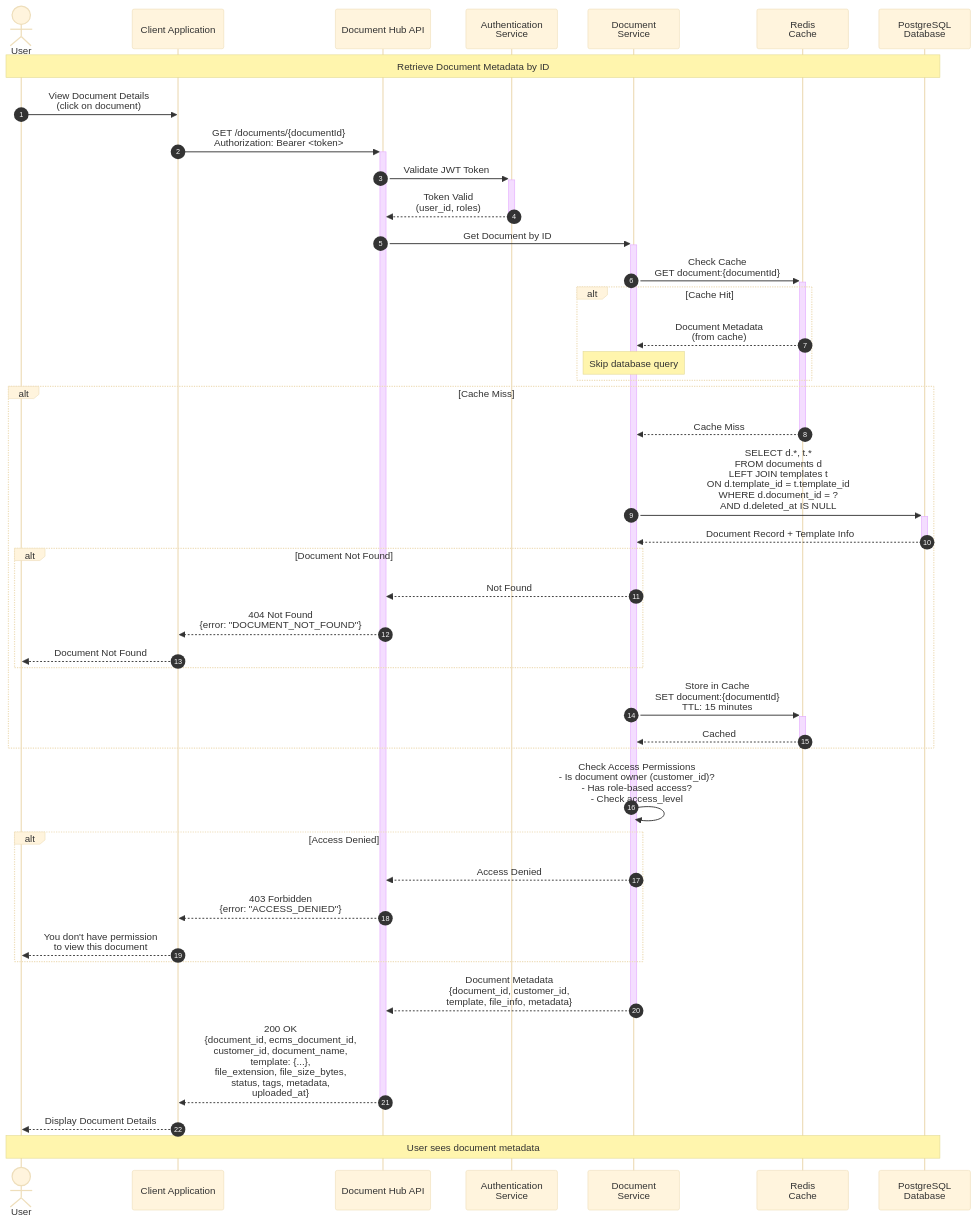
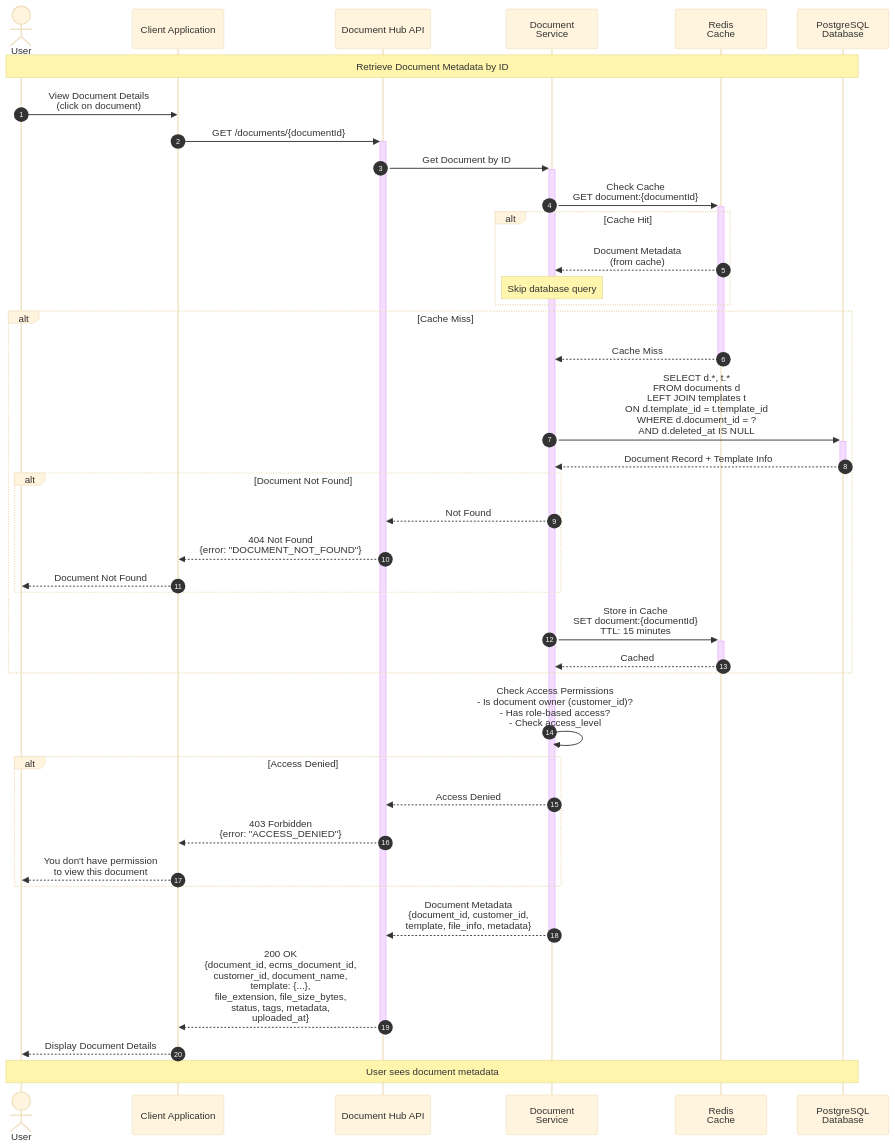
One commit to ghmd86/document-hub changed the first of 3 diagrams in document_retrieval_download_flow_sequence_diagram.md. Above: the diagram before and after it, drawn with Mermaid (base theme). The commit also changed other lines of this file and 5 other files, not shown here.

First line of the commit message:
Remove authentication steps from sequence diagrams

````diff
--- a/document_retrieval_download_flow_sequence_diagram.md
+++ b/document_retrieval_download_flow_sequence_diagram.md
@@ -7,59 +7,55 @@
 ```mermaid
 sequenceDiagram
     autonumber
     actor User
     participant Client as Client Application
     participant API as Document Hub API
-    participant Auth as Authentication<br/>Service
     participant DocService as Document<br/>Service
     participant CacheService as Redis<br/>Cache
     participant DB as PostgreSQL<br/>Database
 
     Note over User,DB: Retrieve Document Metadata by ID
 
     User->>Client: View Document Details<br/>(click on document)
-    Client->>+API: GET /documents/{documentId}<br/>Authorization: Bearer <token>
-
-    API->>+Auth: Validate JWT Token
-    Auth-->>-API: Token Valid<br/>(user_id, roles)
+    Client->>+API: GET /documents/{documentId}
 
     API->>+DocService: Get Document by ID
     DocService->>+CacheService: Check Cache<br/>GET document:{documentId}
 
     alt Cache Hit
         CacheService-->>DocService: Document Metadata<br/>(from cache)
         Note over DocService: Skip database query
     end
 
     alt Cache Miss
         CacheService-->>-DocService: Cache Miss
 
         DocService->>+DB: SELECT d.*, t.*<br/>FROM documents d<br/>LEFT JOIN templates t<br/>ON d.template_id = t.template_id<br/>WHERE d.document_id = ?<br/>AND d.deleted_at IS NULL
         DB-->>-DocService: Document Record + Template Info
 
         alt Document Not Found
             DocService-->>API: Not Found
             API-->>Client: 404 Not Found<br/>{error: "DOCUMENT_NOT_FOUND"}
             Client-->>User: Document Not Found
         end
 
         DocService->>+CacheService: Store in Cache<br/>SET document:{documentId}<br/>TTL: 15 minutes
         CacheService-->>-DocService: Cached
     end
 
     DocService->>DocService: Check Access Permissions<br/>- Is document owner (customer_id)?<br/>- Has role-based access?<br/>- Check access_level
 
     alt Access Denied
         DocService-->>API: Access Denied
         API-->>Client: 403 Forbidden<br/>{error: "ACCESS_DENIED"}
         Client-->>User: You don't have permission<br/>to view this document
     end
 
     DocService-->>-API: Document Metadata<br/>{document_id, customer_id,<br/>template, file_info, metadata}
 
     API-->>-Client: 200 OK<br/>{document_id, ecms_document_id,<br/>customer_id, document_name,<br/>template: {...},<br/>file_extension, file_size_bytes,<br/>status, tags, metadata,<br/>uploaded_at}
 
     Client-->>User: Display Document Details
 
     Note over User,DB: User sees document metadata
 ```
````
